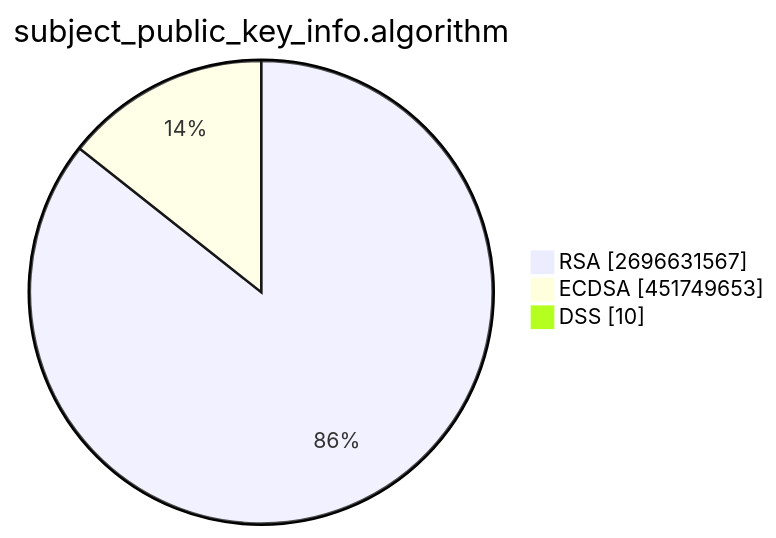
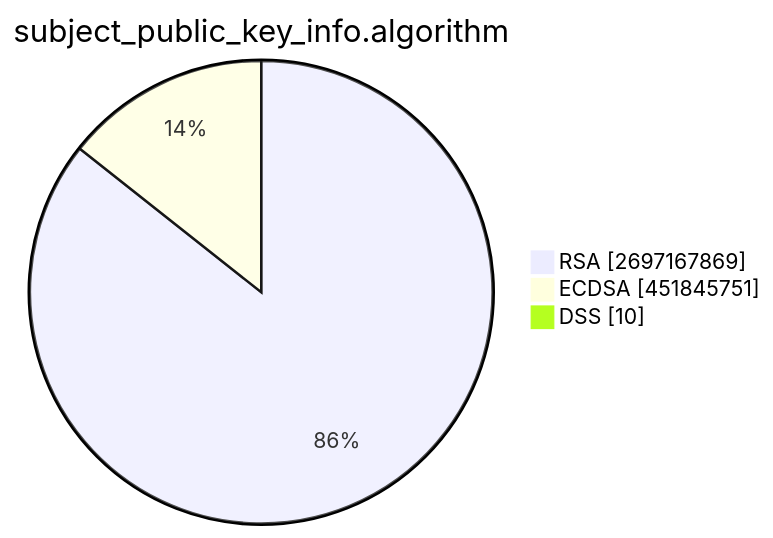
The second of 15 diagrams in TOTAL/README.md (christiankrug/ctmonitor_visualization), drawn with Mermaid before and after one commit. The commit also changed other lines of this file, not shown here.

````diff
--- a/TOTAL/README.md
+++ b/TOTAL/README.md
@@ -6,7 +6,7 @@
 ```mermaid
 pie showData
 title subject_public_key_info.algorithm
-"RSA" :2696631567
-"ECDSA" :451749653
+"RSA" :2697167869
+"ECDSA" :451845751
 "DSS" :10
 ```
````
